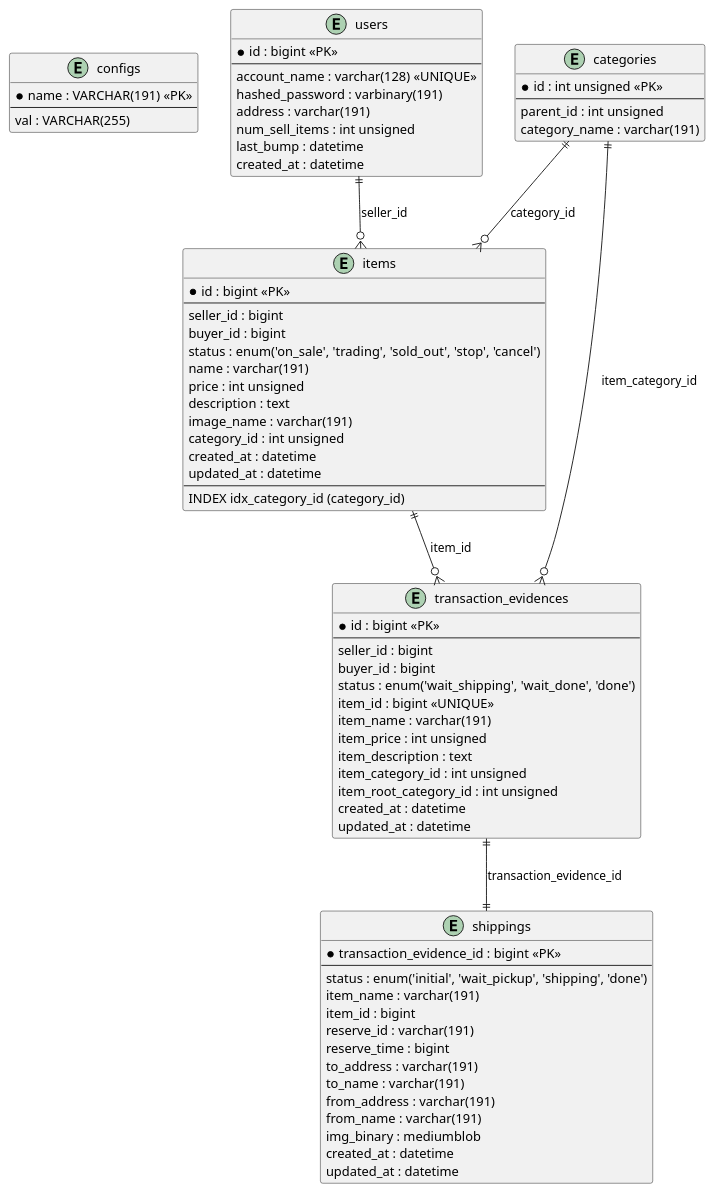
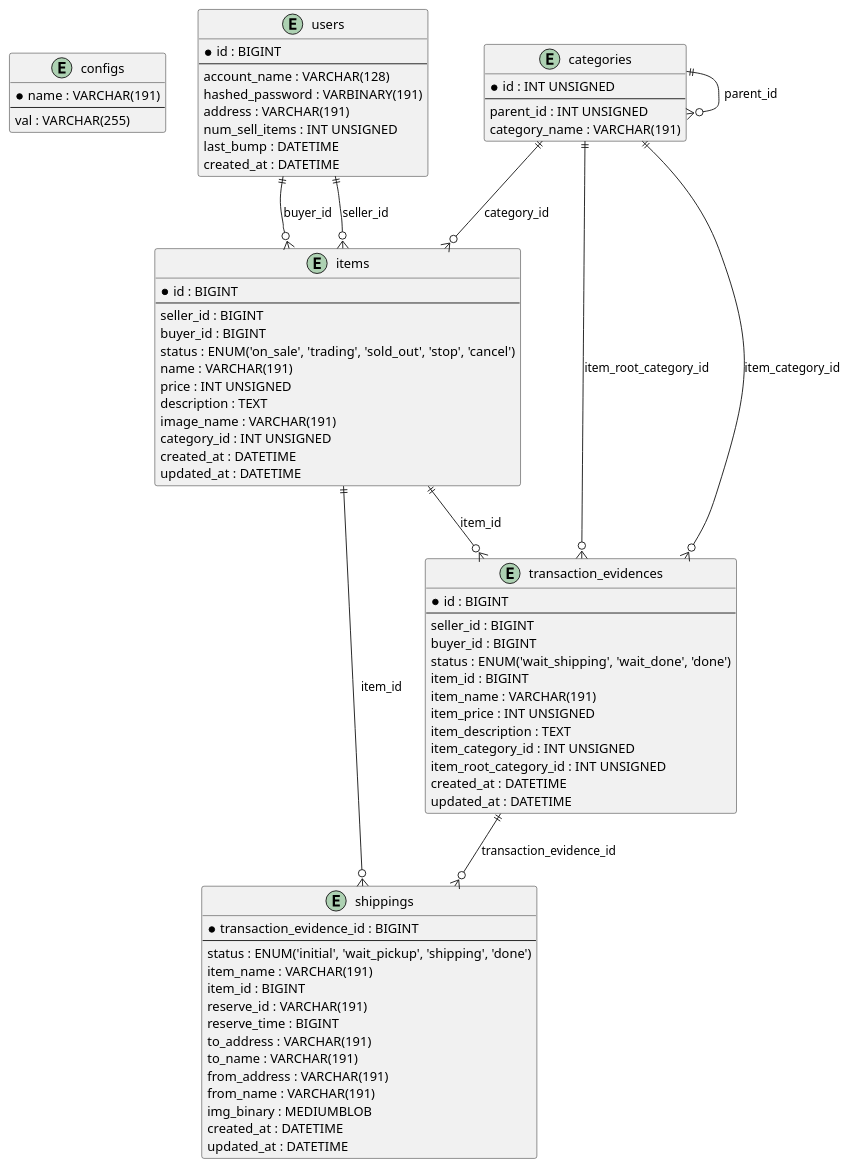
One commit to Yuhi-Sato/isucon-9-qualify changed the diagram in sql/schema.puml. Above: the diagram before and after it, drawn with PlantUML. The commit also changed 1 other file, not shown here.

Commit message:
schemaを修正

```diff
--- a/sql/schema.puml
+++ b/sql/schema.puml
@@ -1,83 +1,84 @@
 @startuml
-
 entity configs {
-  * name : VARCHAR(191) <<PK>>
+  *name : VARCHAR(191)
   --
   val : VARCHAR(255)
 }
 
 entity users {
-  * id : bigint <<PK>>
+  *id : BIGINT
   --
-  account_name : varchar(128) <<UNIQUE>>
-  hashed_password : varbinary(191)
-  address : varchar(191)
-  num_sell_items : int unsigned
-  last_bump : datetime
-  created_at : datetime
+  account_name : VARCHAR(128)
+  hashed_password : VARBINARY(191)
+  address : VARCHAR(191)
+  num_sell_items : INT UNSIGNED
+  last_bump : DATETIME
+  created_at : DATETIME
 }
 
 entity items {
-  * id : bigint <<PK>>
+  *id : BIGINT
   --
-  seller_id : bigint
-  buyer_id : bigint
-  status : enum('on_sale', 'trading', 'sold_out', 'stop', 'cancel')
-  name : varchar(191)
-  price : int unsigned
-  description : text
-  image_name : varchar(191)
-  category_id : int unsigned
-  created_at : datetime
-  updated_at : datetime
-  --
-  INDEX idx_category_id (category_id)
+  seller_id : BIGINT
+  buyer_id : BIGINT
+  status : ENUM('on_sale', 'trading', 'sold_out', 'stop', 'cancel')
+  name : VARCHAR(191)
+  price : INT UNSIGNED
+  description : TEXT
+  image_name : VARCHAR(191)
+  category_id : INT UNSIGNED
+  created_at : DATETIME
+  updated_at : DATETIME
 }
 
 entity transaction_evidences {
-  * id : bigint <<PK>>
+  *id : BIGINT
   --
-  seller_id : bigint
-  buyer_id : bigint
-  status : enum('wait_shipping', 'wait_done', 'done')
-  item_id : bigint <<UNIQUE>>
-  item_name : varchar(191)
-  item_price : int unsigned
-  item_description : text
-  item_category_id : int unsigned
-  item_root_category_id : int unsigned
-  created_at : datetime
-  updated_at : datetime
+  seller_id : BIGINT
+  buyer_id : BIGINT
+  status : ENUM('wait_shipping', 'wait_done', 'done')
+  item_id : BIGINT
+  item_name : VARCHAR(191)
+  item_price : INT UNSIGNED
+  item_description : TEXT
+  item_category_id : INT UNSIGNED
+  item_root_category_id : INT UNSIGNED
+  created_at : DATETIME
+  updated_at : DATETIME
 }
 
 entity shippings {
-  * transaction_evidence_id : bigint <<PK>>
+  *transaction_evidence_id : BIGINT
   --
-  status : enum('initial', 'wait_pickup', 'shipping', 'done')
-  item_name : varchar(191)
-  item_id : bigint
-  reserve_id : varchar(191)
-  reserve_time : bigint
-  to_address : varchar(191)
-  to_name : varchar(191)
-  from_address : varchar(191)
-  from_name : varchar(191)
-  img_binary : mediumblob
-  created_at : datetime
-  updated_at : datetime
+  status : ENUM('initial', 'wait_pickup', 'shipping', 'done')
+  item_name : VARCHAR(191)
+  item_id : BIGINT
+  reserve_id : VARCHAR(191)
+  reserve_time : BIGINT
+  to_address : VARCHAR(191)
+  to_name : VARCHAR(191)
+  from_address : VARCHAR(191)
+  from_name : VARCHAR(191)
+  img_binary : MEDIUMBLOB
+  created_at : DATETIME
+  updated_at : DATETIME
 }
 
 entity categories {
-  * id : int unsigned <<PK>>
+  *id : INT UNSIGNED
   --
-  parent_id : int unsigned
-  category_name : varchar(191)
+  parent_id : INT UNSIGNED
+  category_name : VARCHAR(191)
 }
 
 users ||--o{ items : "seller_id"
+users ||--o{ items : "buyer_id"
 items ||--o{ transaction_evidences : "item_id"
-transaction_evidences ||--|| shippings : "transaction_evidence_id"
+items ||--o{ shippings : "item_id"
+transaction_evidences ||--o{ shippings : "transaction_evidence_id"
 categories ||--o{ items : "category_id"
 categories ||--o{ transaction_evidences : "item_category_id"
+categories ||--o{ transaction_evidences : "item_root_category_id"
+categories ||--o{ categories : "parent_id"
 
 @enduml
```
